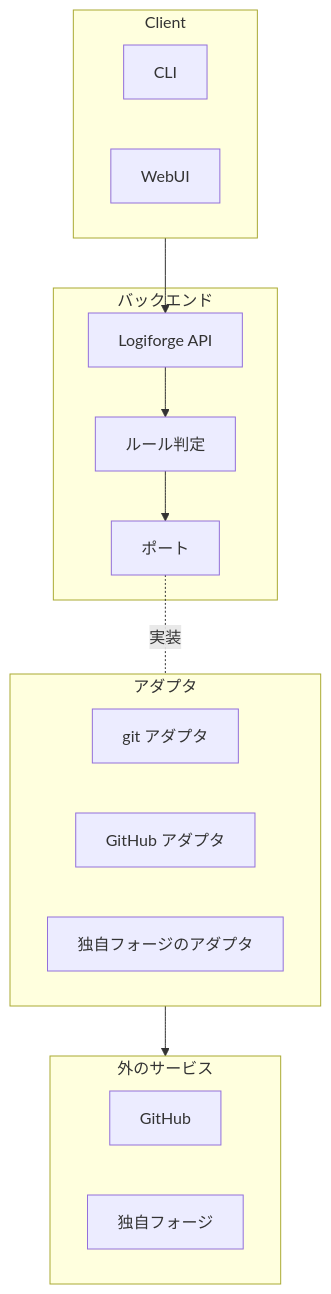
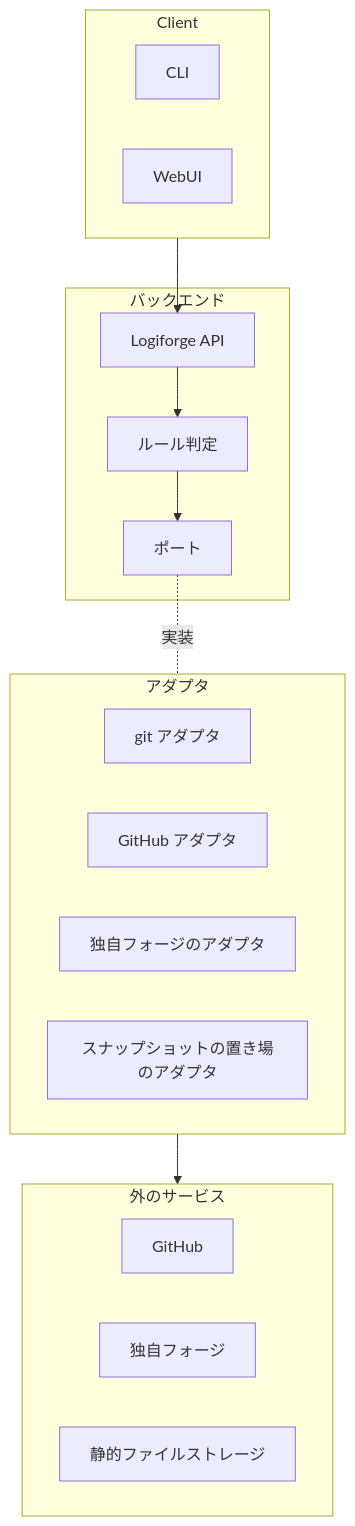
Before and after one commit to yamambainc/logiforge: the diagram in design/architecture.md, drawn with Mermaid. The commit also changed other lines of this file and 22 other files, not shown here.

````diff
--- a/design/architecture.md
+++ b/design/architecture.md
@@ -8,26 +8,28 @@
 ```mermaid
 flowchart TB
   subgraph CL["Client"]
     CLI["CLI"]
     WEB["WebUI"]
   end
   subgraph BE["バックエンド"]
     API["Logiforge API"]
     RULE["ルール判定"]
     PT["ポート"]
   end
   subgraph AD["アダプタ"]
     GA["git アダプタ"]
     GHA["GitHub アダプタ"]
     NFA["独自フォージのアダプタ"]
+    SSA["スナップショットの置き場のアダプタ"]
   end
   subgraph EX["外のサービス"]
     GH["GitHub"]
     NF["独自フォージ"]
+    OBJ["静的ファイルストレージ"]
   end
   CL --> API
   API --> RULE
   RULE --> PT
   PT -.-|実装| AD
   AD --> EX
 ```
````
